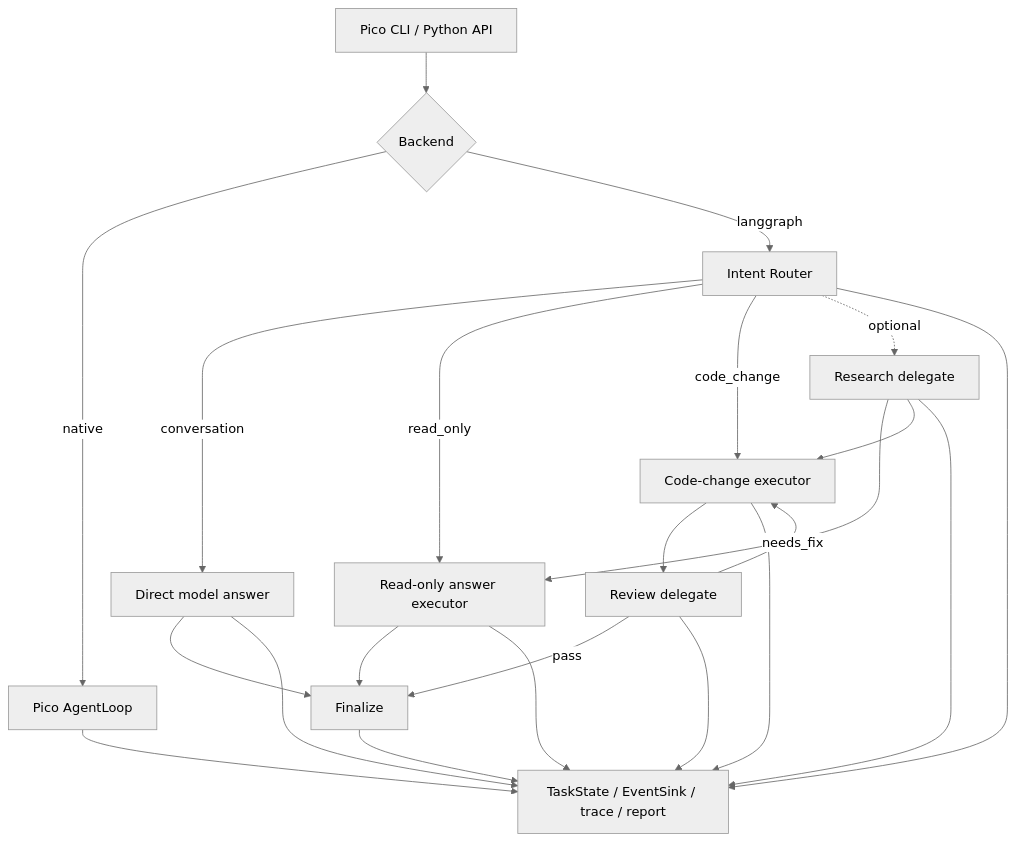
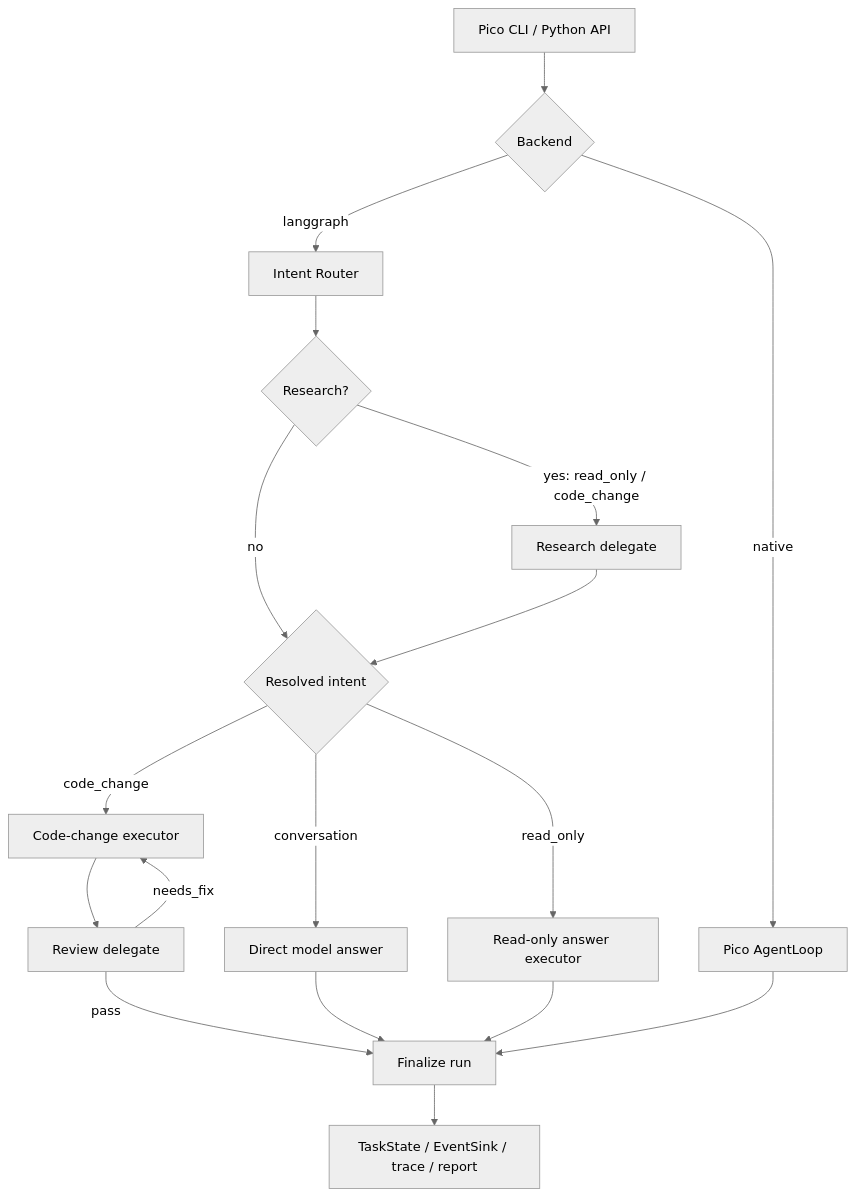
Before and after one commit to sumiim/pico-langgraph-harness: the diagram in README.md, drawn with Mermaid (neutral theme). The commit also changed other lines of this file, not shown here.

Commit message:
docs: simplify architecture flow diagram

````diff
--- a/README.md
+++ b/README.md
@@ -24,29 +24,24 @@
 ```mermaid
 flowchart TD
     CLI["Pico CLI / Python API"] --> Backend{"Backend"}
     Backend -->|native| Native["Pico AgentLoop"]
     Backend -->|langgraph| Router["Intent Router"]
 
-    Router -->|conversation| Conversation["Direct model answer"]
-    Router -->|read_only| ReadOnly["Read-only answer executor"]
-    Router -->|code_change| Execute["Code-change executor"]
+    Router --> ResearchGate{"Research?"}
+    ResearchGate -->|yes: read_only / code_change| Research["Research delegate"]
+    ResearchGate -->|no| Intent{"Resolved intent"}
+    Research --> Intent
 
-    Router -. optional .-> Research["Research delegate"]
-    Research --> ReadOnly
-    Research --> Execute
+    Intent -->|conversation| Conversation["Direct model answer"]
+    Intent -->|read_only| ReadOnly["Read-only answer executor"]
+    Intent -->|code_change| Execute["Code-change executor"]
 
     Execute --> Review["Review delegate"]
     Review -->|needs_fix| Execute
-    Review -->|pass| Finalize["Finalize"]
+    Review -->|pass| Finalize["Finalize run"]
     Conversation --> Finalize
     ReadOnly --> Finalize
+    Native --> Finalize
 
-    Native --> Audit["TaskState / EventSink / trace / report"]
-    Router --> Audit
-    Research --> Audit
-    Conversation --> Audit
-    ReadOnly --> Audit
-    Execute --> Audit
-    Review --> Audit
-    Finalize --> Audit
+    Finalize --> Audit["TaskState / EventSink / trace / report"]
 ```
````
